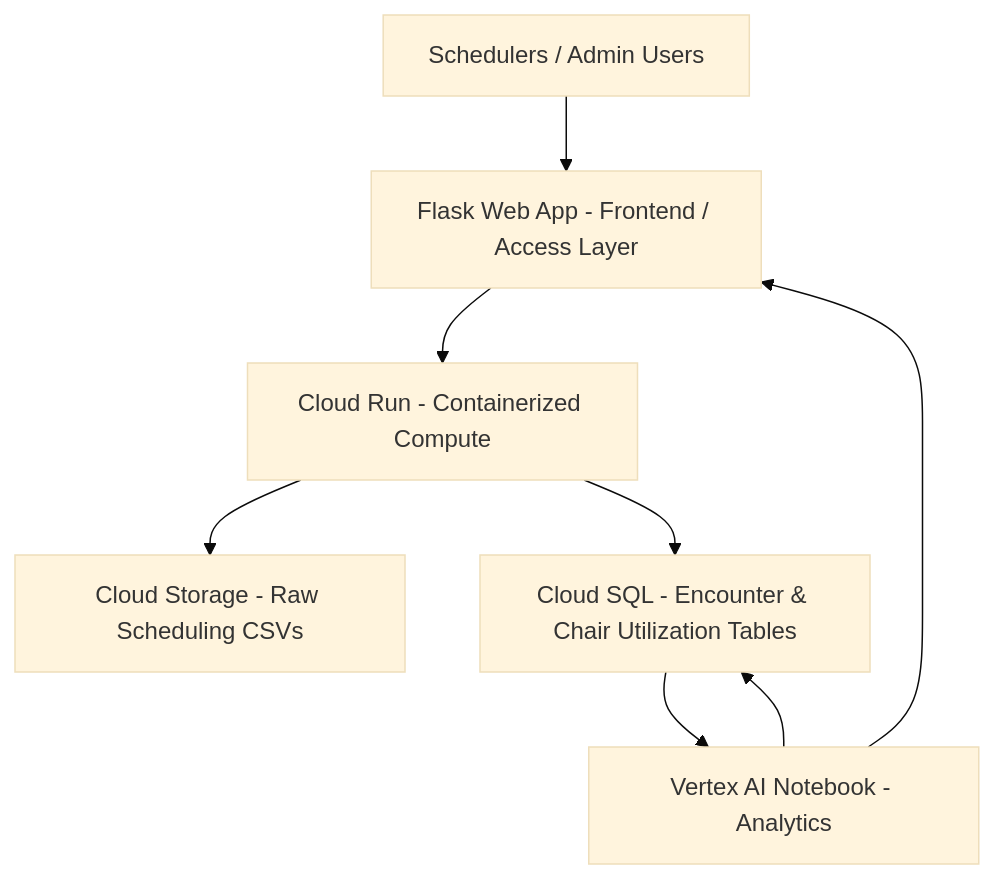
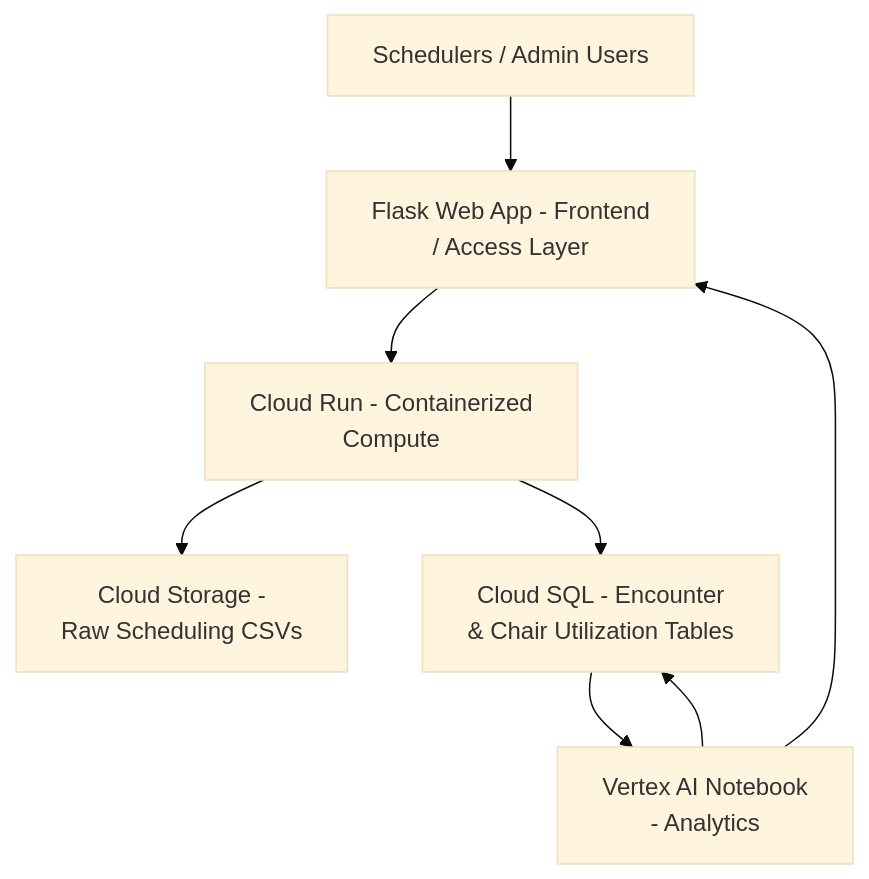
One commit to mespinal23/Final-Project-Cloud-Integration-Mini-Capstone changed the diagram in architecture_plan.md. Above: the diagram before and after it, drawn with Mermaid (base theme). The commit also changed other lines of this file, not shown here.

````diff
--- a/architecture_plan.md
+++ b/architecture_plan.md
@@ -7,10 +6,15 @@
 ```mermaid
 graph TD
-    A[Schedulers / Admin Users] --> B[Flask Web App - Frontend / Access Layer]
-    B --> C[Cloud Run - Containerized Compute]
-    C --> D[Cloud Storage - Raw Scheduling CSVs]
-    C --> E[Cloud SQL - Encounter & Chair Utilization Tables]
-    E --> F[Vertex AI Notebook - Analytics]
+    A[Schedulers / Admin Users] --> B[Flask Web App - Frontend
+/ Access Layer]
+    B --> C[Cloud Run - Containerized
+Compute]
+    C --> D[Cloud Storage -
+Raw Scheduling CSVs]
+    C --> E[Cloud SQL - Encounter
+& Chair Utilization Tables]
+    E --> F[Vertex AI Notebook
+- Analytics]
     F --> E
     F --> B
 ```
````
